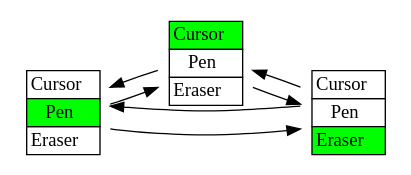
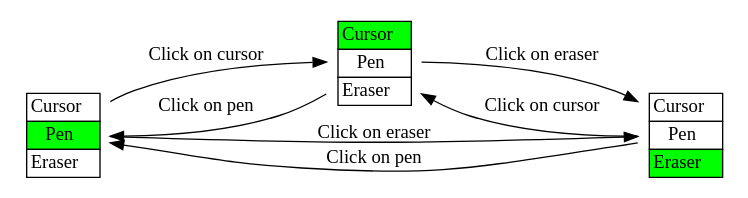
One commit to divarvel/PAPPL-OOo4Kids-Documents changed the diagram in modes.dot. Above: the diagram before and after it, drawn with Graphviz. The commit also changed 2 other files, not shown here.

Commit message:
Fix: Better state-transition diagrams

```diff
--- a/modes.dot
+++ b/modes.dot
@@ -1,31 +1,31 @@
 digraph modes {
     rankdir=LR
     node [shape=plaintext];
     state1 [label=<
 <TABLE BORDER="0" CELLBORDER="1" CELLSPACING="0">
 <TR><TD>Cursor</TD></TR>
 <TR><TD BGCOLOR="#00FF00">Pen</TD></TR>
 <TR><TD>Eraser</TD></TR>
 </TABLE>>];
     state2 [label=<
 <TABLE BORDER="0" CELLBORDER="1" CELLSPACING="0">
 <TR><TD BGCOLOR="#00FF00">Cursor</TD></TR>
 <TR><TD>Pen</TD></TR>
 <TR><TD>Eraser</TD></TR>
 </TABLE>>];
     state3 [label=<
 <TABLE BORDER="0" CELLBORDER="1" CELLSPACING="0">
 <TR><TD>Cursor</TD></TR>
 <TR><TD>Pen</TD></TR>
 <TR><TD BGCOLOR="#00FF00">Eraser</TD></TR>
 </TABLE>>];
 
-    state1 -> state2;
-    state2 -> state1;
+    state1 -> state2 [label="Click on cursor"];
+    state2 -> state1 [label="Click on pen"];
 
-    state2 -> state3;
-    state3 -> state2;
+    state2 -> state3 [label="Click on eraser"];
+    state3 -> state2 [label="Click on cursor"];
 
-    state1 -> state3;
-    state3 -> state1;
+    state1 -> state3 [label="Click on eraser"];
+    state3 -> state1 [label="Click on pen"];
 }
```
